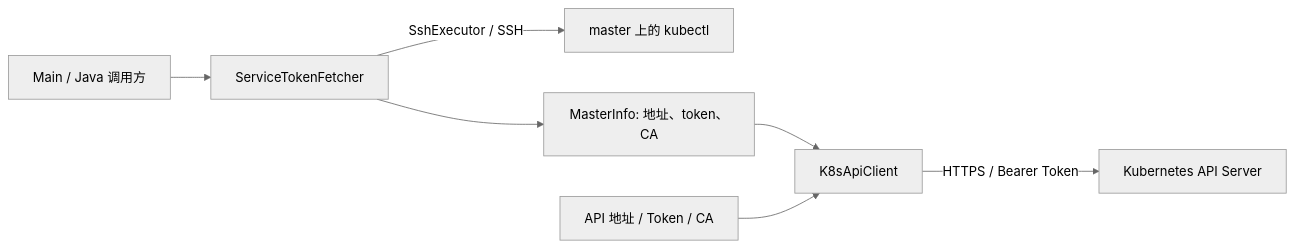
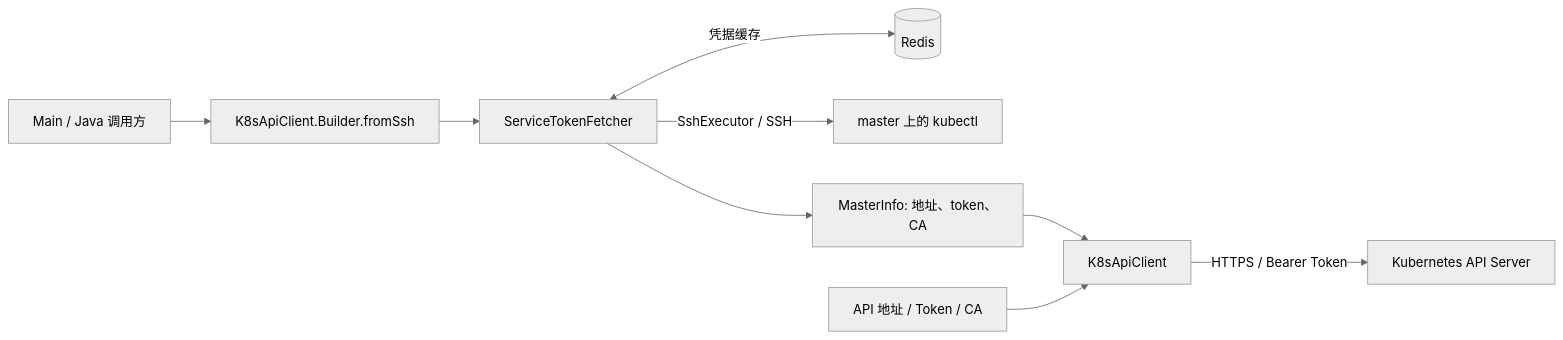
One commit to iskycc/k8s-tools changed the diagram in README.md. Above: the diagram before and after it, drawn with Mermaid (neutral theme). The commit also changed other lines of this file and 15 other files, not shown here.

Commit message:
feat: prepare 1.5.0 with client-managed Redis and query demo

````diff
--- a/README.md
+++ b/README.md
@@ -18,9 +19,11 @@
 ```mermaid
 flowchart LR
-    Main[Main / Java 调用方] --> Fetcher[ServiceTokenFetcher]
+    Main[Main / Java 调用方] --> Connect[K8sApiClient.Builder.fromSsh]
+    Connect --> Fetcher[ServiceTokenFetcher]
+    Fetcher <-->|凭据缓存| Redis[(Redis)]
     Fetcher -->|SshExecutor / SSH| Master[master 上的 kubectl]
     Fetcher --> Info[MasterInfo: 地址、token、CA]
     Info --> Client[K8sApiClient]
     Credentials[API 地址 / Token / CA] --> Client
     Client -->|HTTPS / Bearer Token| API[Kubernetes API Server]
 ```
````
